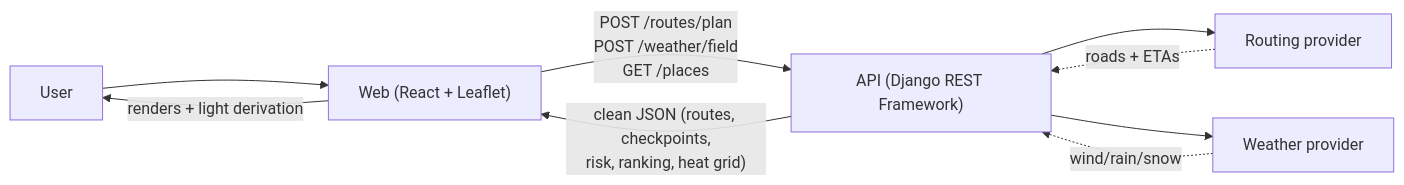
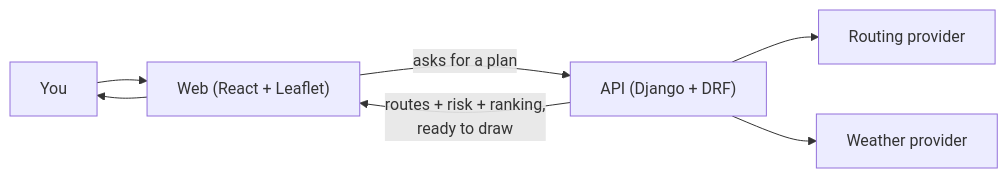
The first of 5 diagrams in docs/WALKTHROUGH.md (Maham-Anwaar/truck-routing), drawn with Mermaid before and after one commit. The commit also changed other lines of this file, not shown here.

````diff
--- a/docs/WALKTHROUGH.md
+++ b/docs/WALKTHROUGH.md
@@ -34,11 +26,9 @@
 ```mermaid
 flowchart LR
-    U[User] --> W["Web (React + Leaflet)"]
-    W -->|"POST /routes/plan<br/>POST /weather/field<br/>GET /places"| A["API (Django REST Framework)"]
-    A --> RP["Routing provider"]
-    A --> WP["Weather provider"]
-    RP -.->|roads + ETAs| A
-    WP -.->|wind/rain/snow| A
-    A -->|"clean JSON (routes, checkpoints,<br/>risk, ranking, heat grid)"| W
-    W -->|renders + light derivation| U
+    U[You] --> W["Web (React + Leaflet)"]
+    W -->|"asks for a plan"| A["API (Django + DRF)"]
+    A --> R[Routing provider]
+    A --> WX[Weather provider]
+    A -->|"routes + risk + ranking,<br/>ready to draw"| W
+    W --> U
 ```
````
